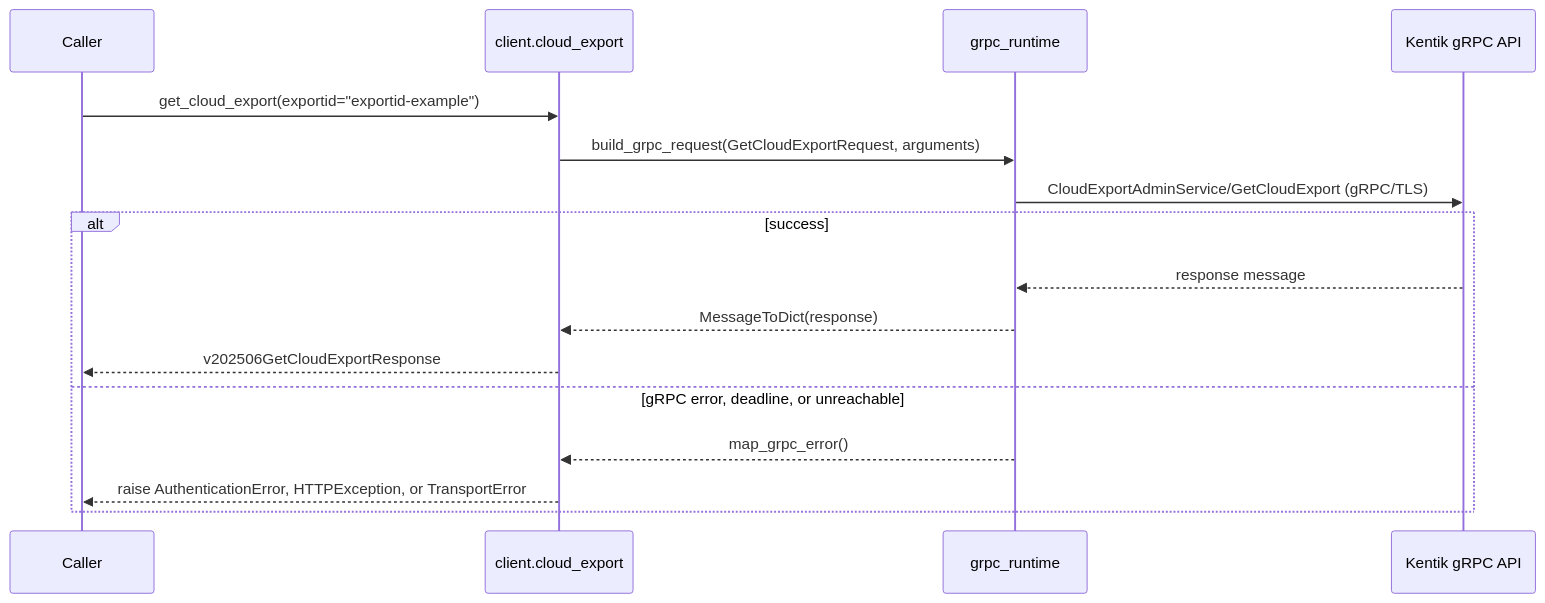
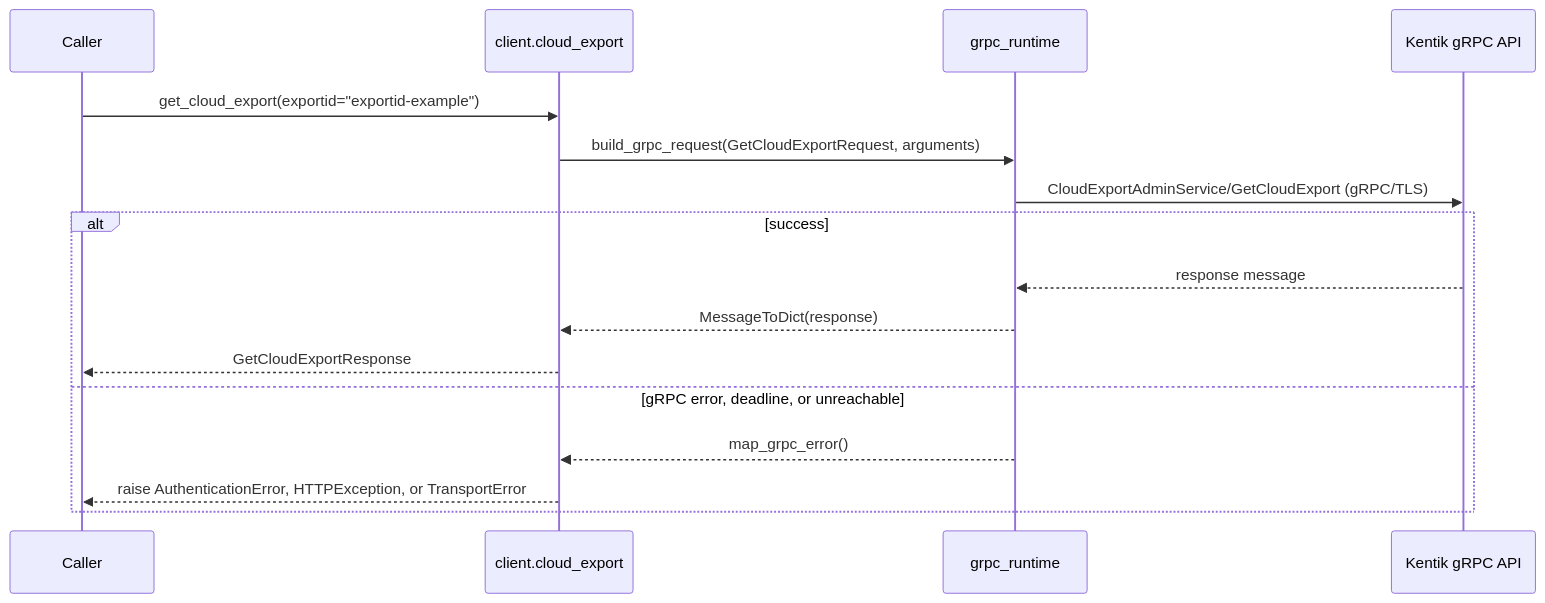
Before and after one commit to alexdearaujo/community_sdk_python: the seventh of 12 diagrams in docs/sphinx/services/cloud_export.md, drawn with Mermaid. The commit also changed other lines of this file and 38 other files, not shown here.

````diff
--- a/docs/sphinx/services/cloud_export.md
+++ b/docs/sphinx/services/cloud_export.md
@@ -203,19 +203,19 @@
 ```mermaid
 sequenceDiagram
     participant C as Caller
     participant W as client.cloud_export
     participant R as grpc_runtime
     participant API as Kentik gRPC API
 
     C->>W: get_cloud_export(exportid="exportid-example")
     W->>R: build_grpc_request(GetCloudExportRequest, arguments)
     R->>API: CloudExportAdminService/GetCloudExport (gRPC/TLS)
     alt success
         API-->>R: response message
         R-->>W: MessageToDict(response)
-        W-->>C: v202506GetCloudExportResponse
+        W-->>C: GetCloudExportResponse
     else gRPC error, deadline, or unreachable
         R-->>W: map_grpc_error()
         W-->>C: raise AuthenticationError, HTTPException, or TransportError
     end
 ```
````
